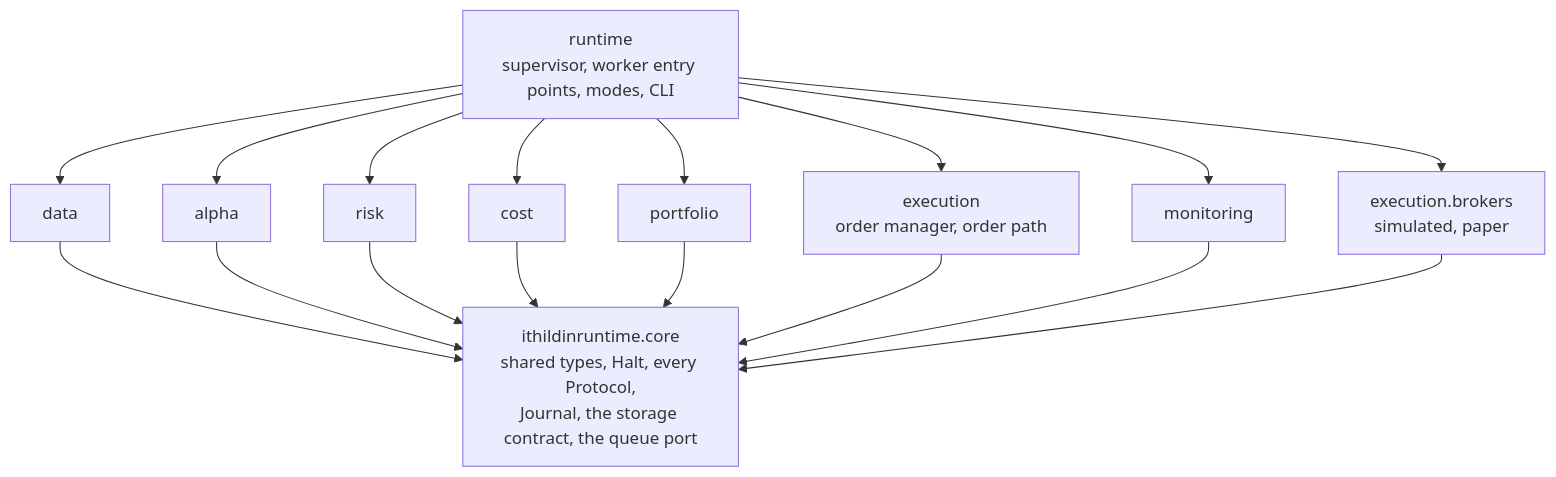
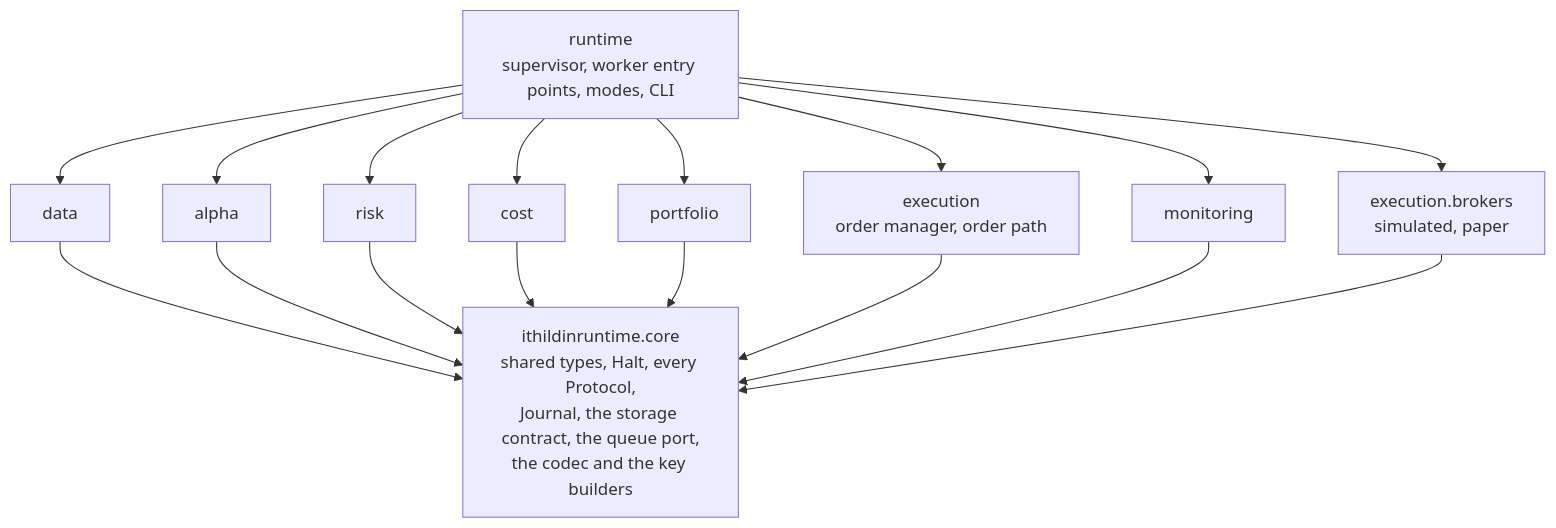
Diagram 16 of 16 in docs/architecture.md (l3a0/ithildin-runtime), drawn with Mermaid before and after one commit. The commit also changed other lines of this file and 1 other file, not shown here.

First line of the commit message:
docs(architecture): keep received values exact and put one codec in core

````diff
--- a/docs/architecture.md
+++ b/docs/architecture.md
@@ -2338,30 +2394,30 @@
 ```mermaid
 flowchart TB
-    core["ithildinruntime.core<br/>shared types, Halt, every Protocol,<br/>Journal, the storage contract, the queue port"]
+    core["ithildinruntime.core<br/>shared types, Halt, every Protocol,<br/>Journal, the storage contract, the queue port,<br/>the codec and the key builders"]
     data["data"]
     alpha["alpha"]
     risk["risk"]
     cost["cost"]
     portfolio["portfolio"]
     execution["execution<br/>order manager, order path"]
     brokers["execution.brokers<br/>simulated, paper"]
     monitoring["monitoring"]
     runtime["runtime<br/>supervisor, worker entry points, modes, CLI"]
 
     data --> core
     alpha --> core
     risk --> core
     cost --> core
     portfolio --> core
     execution --> core
     monitoring --> core
     brokers --> core
     runtime --> data
     runtime --> alpha
     runtime --> risk
     runtime --> cost
     runtime --> portfolio
     runtime --> execution
     runtime --> brokers
     runtime --> monitoring
 ```
````
